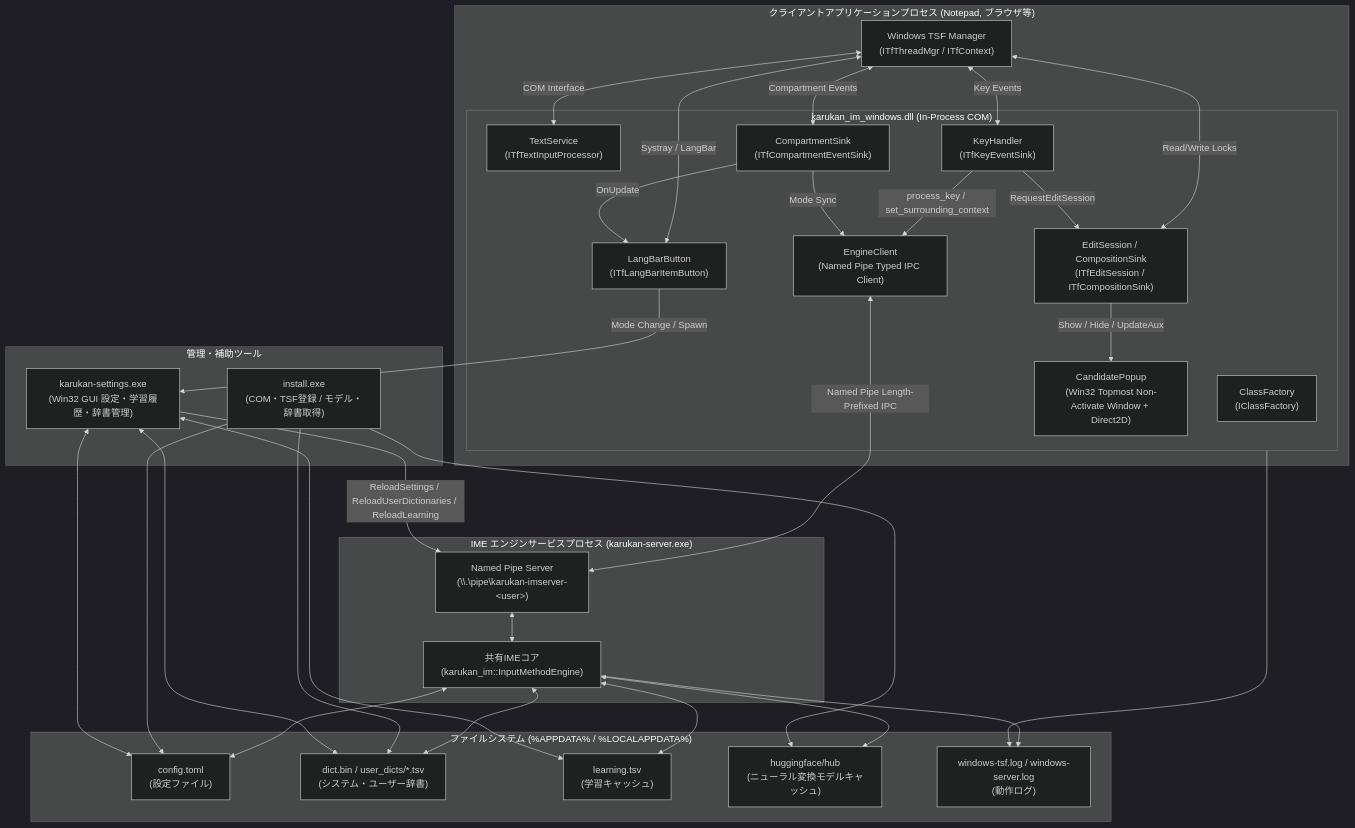
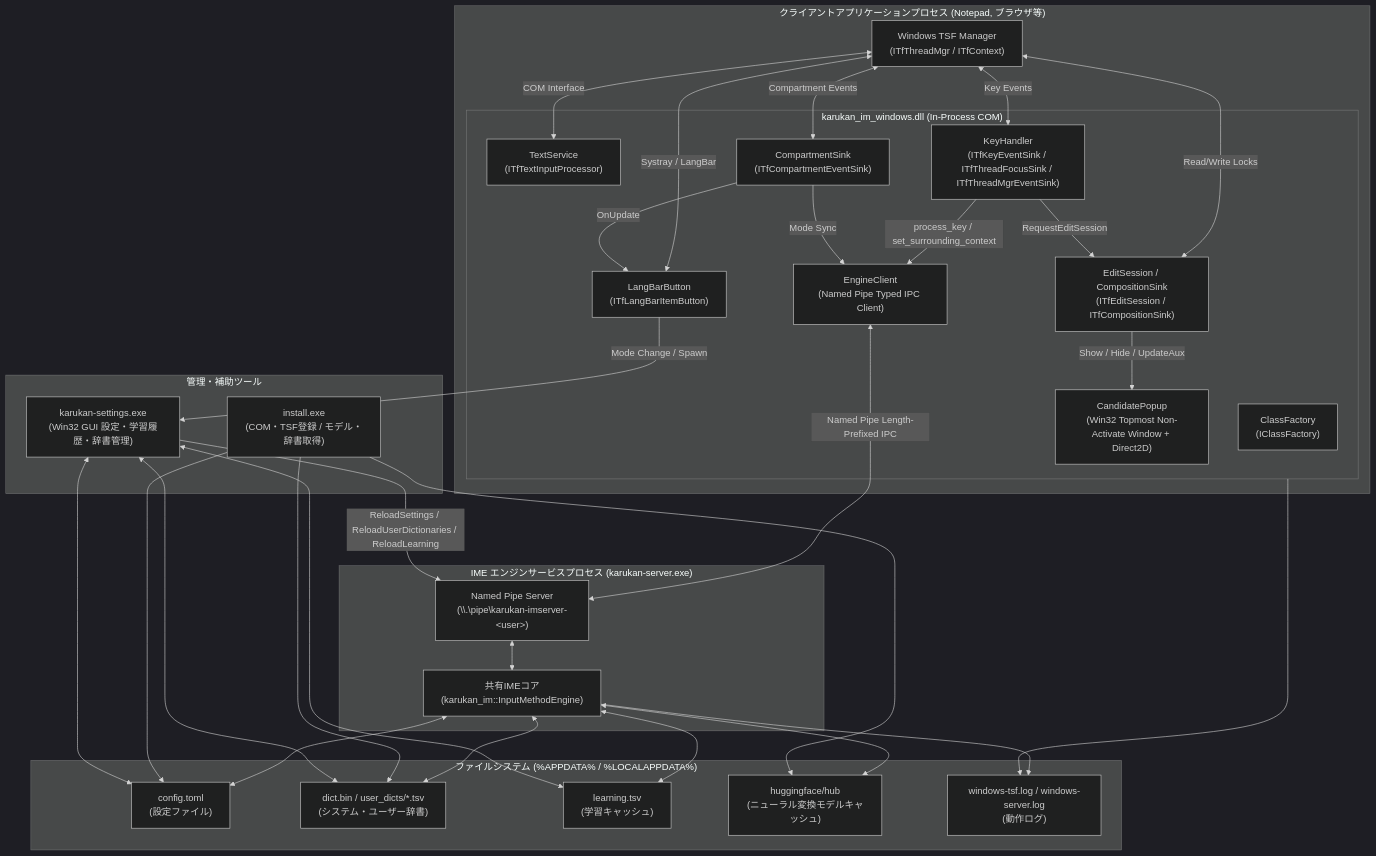
The first of 2 diagrams in karukan-im/windows/DESIGN.md (kachaya-ime/karukan), drawn with Mermaid (dark theme) before and after one commit. The commit also changed other lines of this file and 5 other files, not shown here.

````diff
--- a/karukan-im/windows/DESIGN.md
+++ b/karukan-im/windows/DESIGN.md
@@ -24,63 +24,63 @@
 ```mermaid
 flowchart TB
     subgraph AppProcess["クライアントアプリケーションプロセス (Notepad, ブラウザ等)"]
         TSF["Windows TSF Manager<br/>(ITfThreadMgr / ITfContext)"]
         subgraph TIP["karukan_im_windows.dll (In-Process COM)"]
             CF["ClassFactory<br/>(IClassFactory)"]
             TS["TextService<br/>(ITfTextInputProcessor)"]
-            KH["KeyHandler<br/>(ITfKeyEventSink)"]
+            KH["KeyHandler<br/>(ITfKeyEventSink / ITfThreadFocusSink / ITfThreadMgrEventSink)"]
             ES["EditSession / CompositionSink<br/>(ITfEditSession / ITfCompositionSink)"]
             CS["CompartmentSink<br/>(ITfCompartmentEventSink)"]
             LB["LangBarButton<br/>(ITfLangBarItemButton)"]
             CW["CandidatePopup<br/>(Win32 Topmost Non-Activate Window + Direct2D)"]
             EC["EngineClient<br/>(Named Pipe Typed IPC Client)"]
         end
     end
 
     subgraph EngineService["IME エンジンサービスプロセス (karukan-server.exe)"]
         PIPE["Named Pipe Server<br/>(\\.\pipe\karukan-imserver-&lt;user&gt;)"]
         IMS["共有IMEコア<br/>(karukan_im::InputMethodEngine)"]
     end
 
     subgraph ExternalTools["管理・補助ツール"]
         INST["install.exe<br/>(COM・TSF登録 / モデル・辞書取得)"]
         SET["karukan-settings.exe<br/>(Win32 GUI 設定・学習履歴・辞書管理)"]
     end
 
     subgraph Storage["ファイルシステム (%APPDATA% / %LOCALAPPDATA%)"]
         CFG["config.toml<br/>(設定ファイル)"]
         DICT["dict.bin / user_dicts/*.tsv<br/>(システム・ユーザー辞書)"]
         LEARN["learning.tsv<br/>(学習キャッシュ)"]
         HF["huggingface/hub<br/>(ニューラル変換モデルキャッシュ)"]
         LOG["windows-tsf.log / windows-server.log<br/>(動作ログ)"]
     end
 
     TSF <-->|COM Interface| TS
     TSF <-->|Key Events| KH
     TSF <-->|Read/Write Locks| ES
     TSF <-->|Compartment Events| CS
     TSF <-->|Systray / LangBar| LB
 
     KH -->|process_key / set_surrounding_context| EC
     EC <-->|Named Pipe Length-Prefixed IPC| PIPE
     PIPE <--> IMS
     KH -->|RequestEditSession| ES
     ES -->|Show / Hide / UpdateAux| CW
     CS -->|Mode Sync| EC
     CS -->|OnUpdate| LB
     LB -->|Mode Change / Spawn| SET
 
     IMS <--> CFG
     IMS <--> DICT
     IMS <--> LEARN
     IMS <--> HF
     TIP --> LOG
     IMS --> LOG
     INST --> DICT
     INST --> HF
     INST --> CFG
     SET <--> CFG
     SET <--> LEARN
     SET <--> DICT
     SET -->|ReloadSettings / ReloadUserDictionaries / ReloadLearning| PIPE
 ```
````
